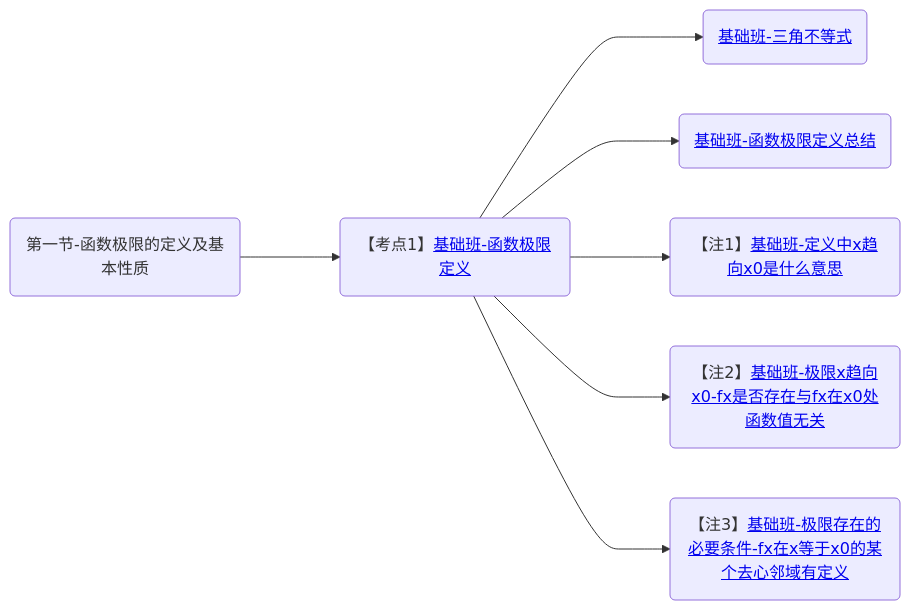
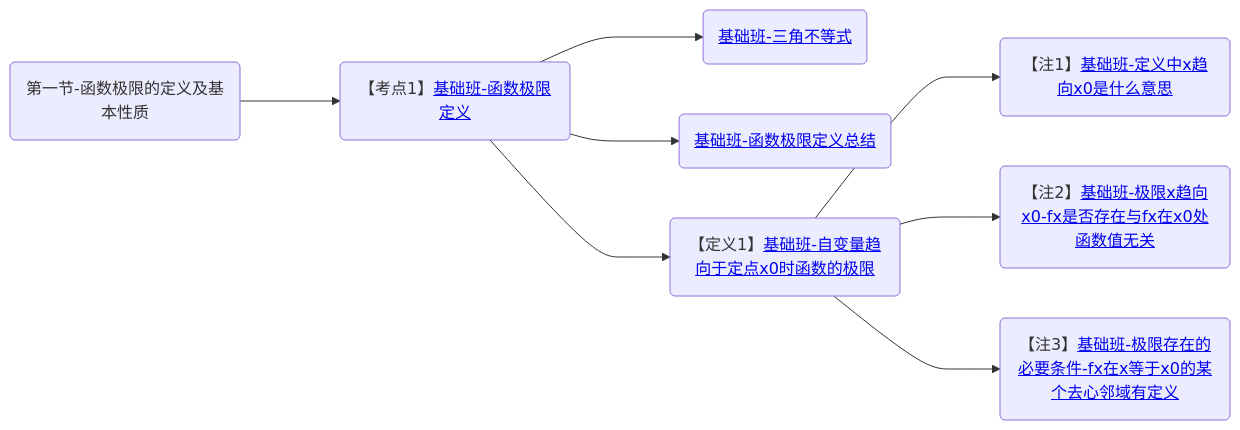
The diagram in 笔记/数学/周洋鑫/基础班/00.大纲.md (yuebinghui/note), drawn with Mermaid before and after one commit. The commit also changed 4 other files, not shown here.

````diff
--- a/笔记/数学/周洋鑫/基础班/00.大纲.md
+++ b/笔记/数学/周洋鑫/基础班/00.大纲.md
@@ -1,12 +1,13 @@
 ```mermaid
 graph LR
 第一节-函数极限的定义及基本性质(第一节-函数极限的定义及基本性质)
 
 第一节-函数极限的定义及基本性质--->基础班-函数极限定义(【考点1】<a href="/Users/yuebinghui/Documents/program/github/note/笔记/数学/周洋鑫/基础班/01.函数极限的定义与性质-1.md#基础班-函数极限定义">基础班-函数极限定义</>)
 基础班-函数极限定义--->基础班-三角不等式(<a href="/Users/yuebinghui/Documents/program/github/note/笔记/数学/周洋鑫/基础班/01.函数极限的定义与性质-1.md#基础班-三角不等式">基础班-三角不等式</>)
 基础班-函数极限定义--->基础班-函数极限定义总结(<a href="/Users/yuebinghui/Documents/program/github/note/笔记/数学/周洋鑫/基础班/01.函数极限的定义与性质-1.md#基础班-函数极限定义总结">基础班-函数极限定义总结</>)
-基础班-函数极限定义--->基础班-定义中x趋向x0是什么意思(【注1】<a href="/Users/yuebinghui/Documents/program/github/note/笔记/数学/周洋鑫/基础班/01.函数极限的定义与性质-1.md#基础班-定义中x趋向x0是什么意思">基础班-定义中x趋向x0是什么意思</>)
-基础班-函数极限定义--->基础班-极限x趋向x0-fx是否存在与fx在x0处函数值无关(【注2】<a href="/Users/yuebinghui/Documents/program/github/note/笔记/数学/周洋鑫/基础班/01.函数极限的定义与性质-1.md#基础班-极限x趋向x0-fx是否存在与fx在x0处函数值无关">基础班-极限x趋向x0-fx是否存在与fx在x0处函数值无关</>)
-基础班-函数极限定义--->基础班-极限存在的必要条件-fx在x等于x0的某个去心邻域有定义(【注3】<a href="/Users/yuebinghui/Documents/program/github/note/笔记/数学/周洋鑫/基础班/01.函数极限的定义与性质-1.md#基础班-极限存在的必要条件-fx在x等于x0的某个去心邻域有定义">基础班-极限存在的必要条件-fx在x等于x0的某个去心邻域有定义</>)
+基础班-函数极限定义--->基础班-自变量趋向于定点x0时函数的极限(【定义1】<a href="/Users/yuebinghui/Documents/program/github/note/笔记/数学/周洋鑫/基础班/01.函数极限的定义与性质-1.md#基础班-自变量趋向于定点x0时函数的极限">基础班-自变量趋向于定点x0时函数的极限</>)
+基础班-自变量趋向于定点x0时函数的极限--->基础班-定义中x趋向x0是什么意思(【注1】<a href="/Users/yuebinghui/Documents/program/github/note/笔记/数学/周洋鑫/基础班/01.函数极限的定义与性质-1.md#基础班-定义中x趋向x0是什么意思">基础班-定义中x趋向x0是什么意思</>)
+基础班-自变量趋向于定点x0时函数的极限--->基础班-极限x趋向x0-fx是否存在与fx在x0处函数值无关(【注2】<a href="/Users/yuebinghui/Documents/program/github/note/笔记/数学/周洋鑫/基础班/01.函数极限的定义与性质-1.md#基础班-极限x趋向x0-fx是否存在与fx在x0处函数值无关">基础班-极限x趋向x0-fx是否存在与fx在x0处函数值无关</>)
+基础班-自变量趋向于定点x0时函数的极限--->基础班-极限存在的必要条件-fx在x等于x0的某个去心邻域有定义(【注3】<a href="/Users/yuebinghui/Documents/program/github/note/笔记/数学/周洋鑫/基础班/01.函数极限的定义与性质-1.md#基础班-极限存在的必要条件-fx在x等于x0的某个去心邻域有定义">基础班-极限存在的必要条件-fx在x等于x0的某个去心邻域有定义</>)
 
 ```
````
